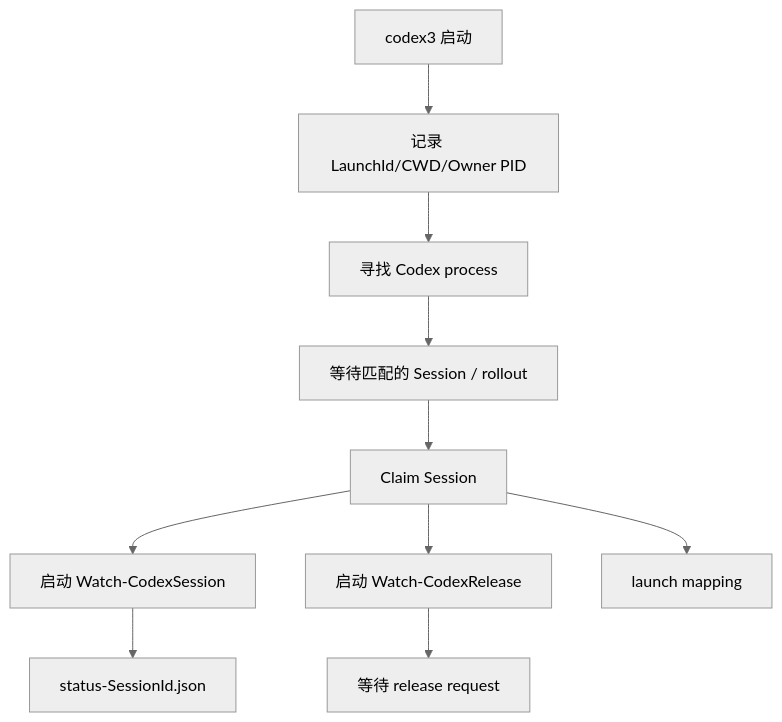
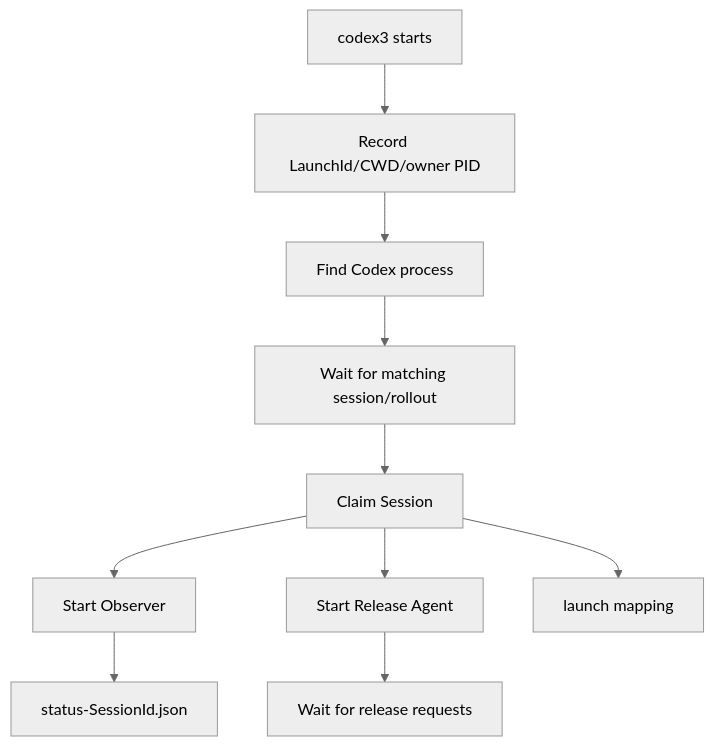
Before and after one commit to denven/lark-coding-agent-bridge: the second of 4 diagrams in local-docs/02-lark-bridge-codex-architecture.md, drawn with Mermaid (neutral theme). The commit also changed other lines of this file and 18 other files, not shown here.

````diff
--- a/local-docs/02-lark-bridge-codex-architecture.md
+++ b/local-docs/02-lark-bridge-codex-architecture.md
@@ -240,12 +166,12 @@
 ```mermaid
 flowchart TD
-    A[codex3 启动] --> B[记录 LaunchId/CWD/Owner PID]
-    B --> C[寻找 Codex process]
-    C --> D[等待匹配的 Session / rollout]
+    A[codex3 starts] --> B[Record LaunchId/CWD/owner PID]
+    B --> C[Find Codex process]
+    C --> D[Wait for matching session/rollout]
     D --> E[Claim Session]
-    E --> F[启动 Watch-CodexSession]
-    E --> G[启动 Watch-CodexRelease]
+    E --> F[Start Observer]
+    E --> G[Start Release Agent]
     F --> H[status-SessionId.json]
-    G --> I[等待 release request]
+    G --> I[Wait for release requests]
     E --> J[launch mapping]
 ```
````
